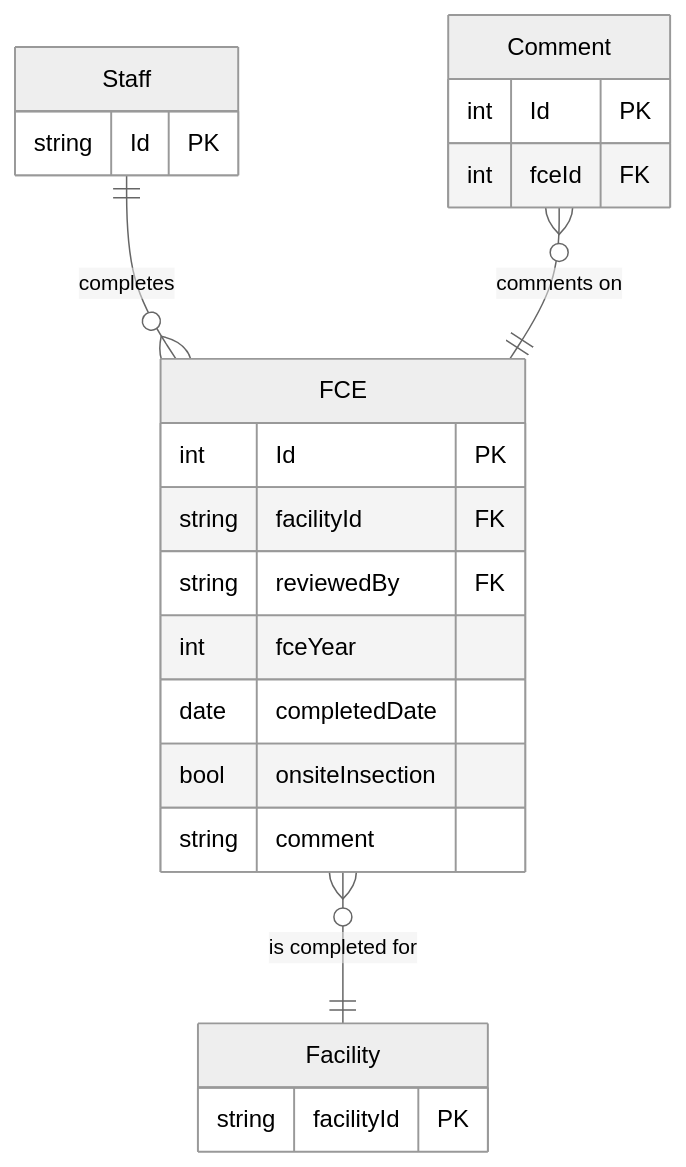
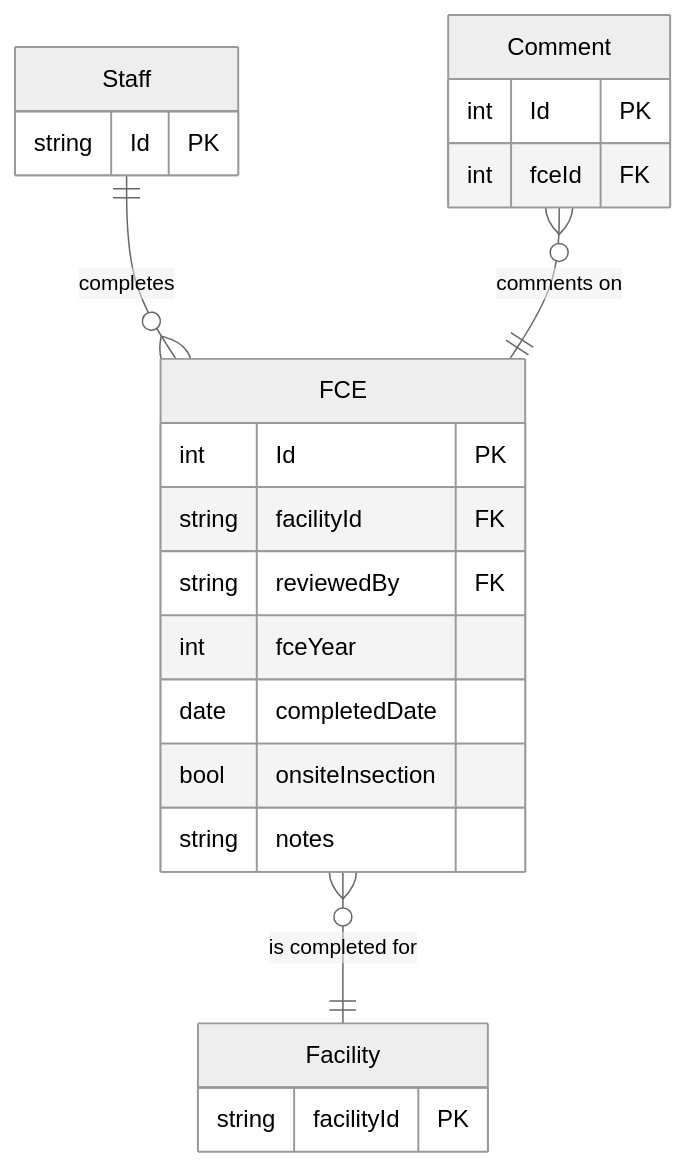
Before and after one commit to gaepdit/air-web: the second of 2 diagrams in docs/Workflows/FCE-workflow.md, drawn with Mermaid (neutral theme). The commit also changed 3 other files, not shown here.

````diff
--- a/docs/Workflows/FCE-workflow.md
+++ b/docs/Workflows/FCE-workflow.md
@@ -47,31 +47,31 @@
 ```mermaid
 erDiagram
 
 FAC["Facility"] {
     string facilityId PK
 }
 
 FCE["FCE"] {
     int Id PK
     string facilityId FK
     string reviewedBy FK
     int fceYear
     date completedDate
     bool onsiteInsection
-    string comment
+    string notes
 }
 
 STF["Staff"] {
     string Id PK
 }
 
 CTE["Comment"] {
     int Id PK
     int fceId FK
 }
 
 FCE }o--|| FAC : "is completed for"
 STF ||--o{ FCE: "completes"
 CTE }o--|| FCE: "comments on"
 
 ```
````
